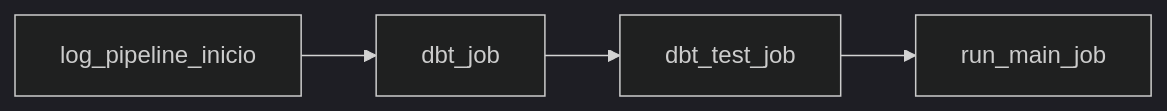
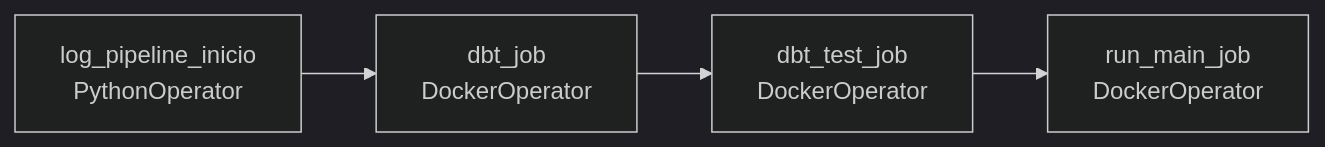
The third of 4 diagrams in README.md (levi549/meteorologia), drawn with Mermaid (dark theme) before and after one commit. The commit also changed other lines of this file, not shown here.

````diff
--- a/README.md
+++ b/README.md
@@ -385,6 +382,6 @@
 ```mermaid
 flowchart LR
-    T1[log_pipeline_inicio] --> T2[dbt_job]
-    T2 --> T3[dbt_test_job]
-    T3 --> T4[run_main_job]
+    T1[log_pipeline_inicio<br/>PythonOperator] --> T2[dbt_job<br/>DockerOperator]
+    T2 --> T3[dbt_test_job<br/>DockerOperator]
+    T3 --> T4[run_main_job<br/>DockerOperator]
 ```
````
